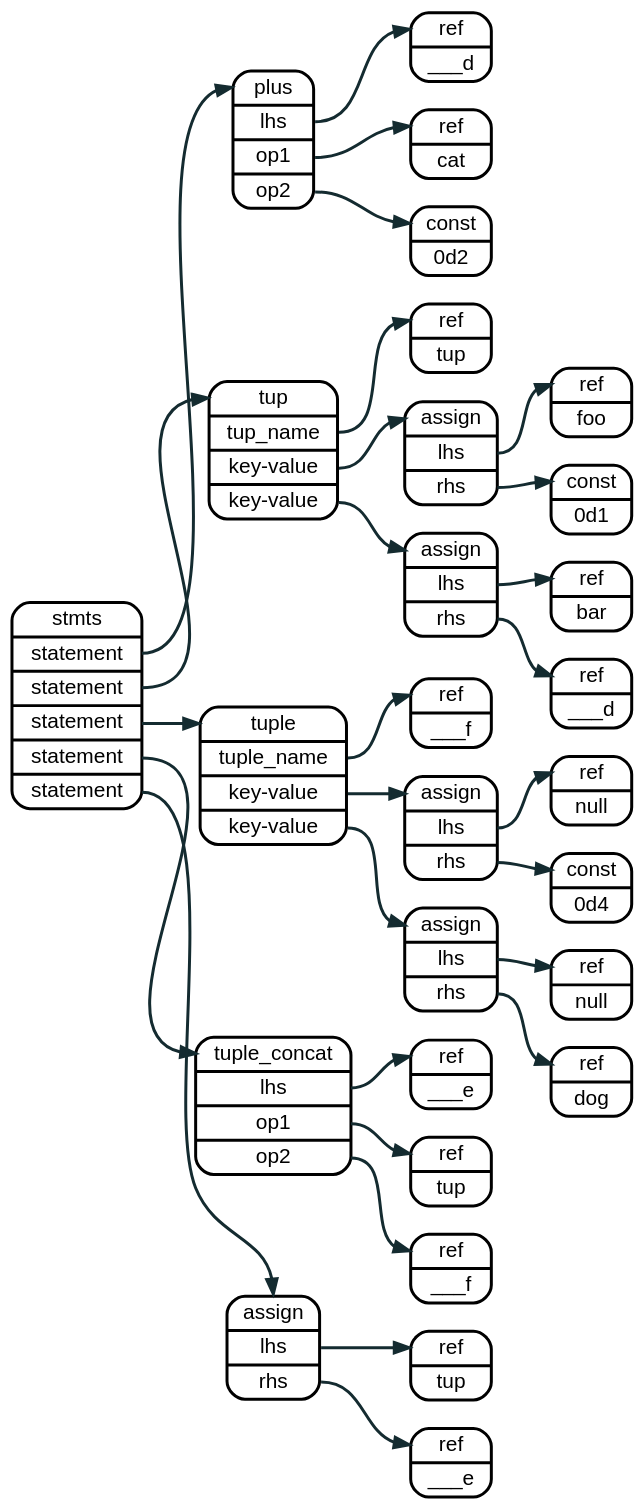
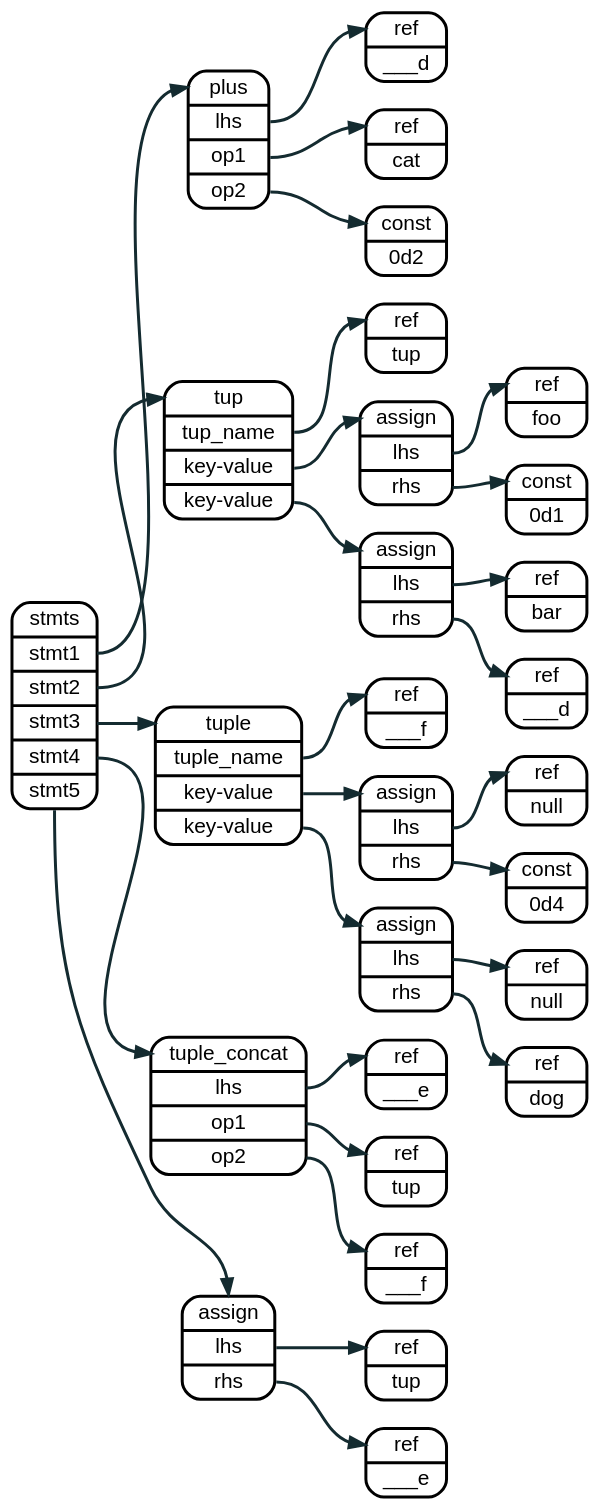
Before and after one commit to sakshi15108/lnast-doc: the diagram in source/graphviz/tuple_concat.dot, drawn with Graphviz. The commit also changed 29 other files, not shown here.

```diff
--- a/source/graphviz/tuple_concat.dot
+++ b/source/graphviz/tuple_concat.dot
@@ -1,91 +1,88 @@
 digraph assign {
   rankdir=LR
   bgcolor="transparent"
 
   node  [fontname = "helvetica", shape=record, style="rounded", penwidth = 2];
   edge  [fontname = "helvetica", color="#142b30", arrowhead="normal", penwidth = 2];
   graph [fontname = "helvetica"];
 
-  
-
-  node_0 [label = "<a> stmts | <s1> statement | <s2> statement 
-                             | <s4> statement | <s5> statement | <s6> statement"];
+  node_0 [label = "<a> stmts | <s1> stmt1 | <s2> stmt2 | <s4> stmt3 | <s5> stmt4 | <s6> stmt5"];
 
   node_5 [label = "<a> plus | <l> lhs | <r1> op1 | <r2> op2 "];
   node_6 [label = "<a> ref   | <l> ___d"];
   node_7 [label = "<a> ref   | <l> cat"];
   node_8 [label = "<a> const   | <l> 0d2"];
 
   node_1 [label = "<a> tup   | <n> tup_name | <kv1> key-value | <kv2> key-value"]
   node_1_1 [label = "<a> ref   | <l> tup"];
 
   node_2 [label = "<a> assign | <l> lhs  | <r> rhs"];
   node_3 [label = "<a> ref   | <l> foo"];
   node_4 [label = "<a> const | <l> 0d1"];
 
   node_9 [label = "<a> assign | <l> lhs  | <r> rhs"];
   node_a [label = "<a> ref    | <l> bar"];
   node_b [label = "<a> ref    | <l> ___d"];
 
 
   node_j [label = "<a> tuple     | <n> tuple_name | <kv1> key-value | <kv2> key-value"]
   node_j_1 [label = "<a> ref   | <l> ___f"];
 
   node_k [label = "<a> assign  | <l> lhs  | <r> rhs"];
   node_l [label = "<a> ref     | <l> null"];
   node_m [label = "<a> const   | <l> 0d4"];
 
   node_n [label = "<a> assign  | <l> lhs  | <r> rhs"];
   node_o [label = "<a> ref     | <l> null"];
   node_p [label = "<a> ref     | <l> dog"];
 
   node_q [label = "<a> tuple_concat | <l> lhs | <r1> op1 | <r2> op2 "];
   node_r [label = "<a> ref   | <l> ___e"];
   node_s [label = "<a> ref   | <l> tup"];
   node_t [label = "<a> ref   | <l> ___f"];
 
   node_u [label = "<a> assign | <l> lhs  | <r> rhs"];
   node_v [label = "<a> ref    | <l> tup"];
   node_w [label = "<a> ref    | <l> ___e"];
 
   node_0:s1  -> node_5:a
   node_0:s2  -> node_1:a;
   node_0:s4  -> node_j:a;
   node_0:s5  -> node_q:a;
   node_0:s6  -> node_u:a;
   
   node_5:l  -> node_6:a;
   node_5:r1 -> node_7:a;
   node_5:r2 -> node_8:a;
 
 
   node_1:n  -> node_1_1:a;
   node_1:kv1 -> node_2:a;
   node_1:kv2 -> node_9:a;
 
   node_2:l -> node_3:a;
   node_2:r -> node_4:a;
   
   
   node_9:l -> node_a:a;
   node_9:r -> node_b:a;
 
 
   node_j:n -> node_j_1:a;
   node_j:kv1 -> node_k:a;
   node_j:kv2 -> node_n:a;
   
   node_k:l   -> node_l:a;
   node_k:r   -> node_m:a;
 
   node_n:l   -> node_o:a;
   node_n:r   -> node_p:a;
 
   node_q:l   -> node_r:a;
   node_q:r1  -> node_s:a;
   node_q:r2  -> node_t:a;
 
   node_u:l   -> node_v:a;
   node_u:r   -> node_w:a;
 
 }
```
